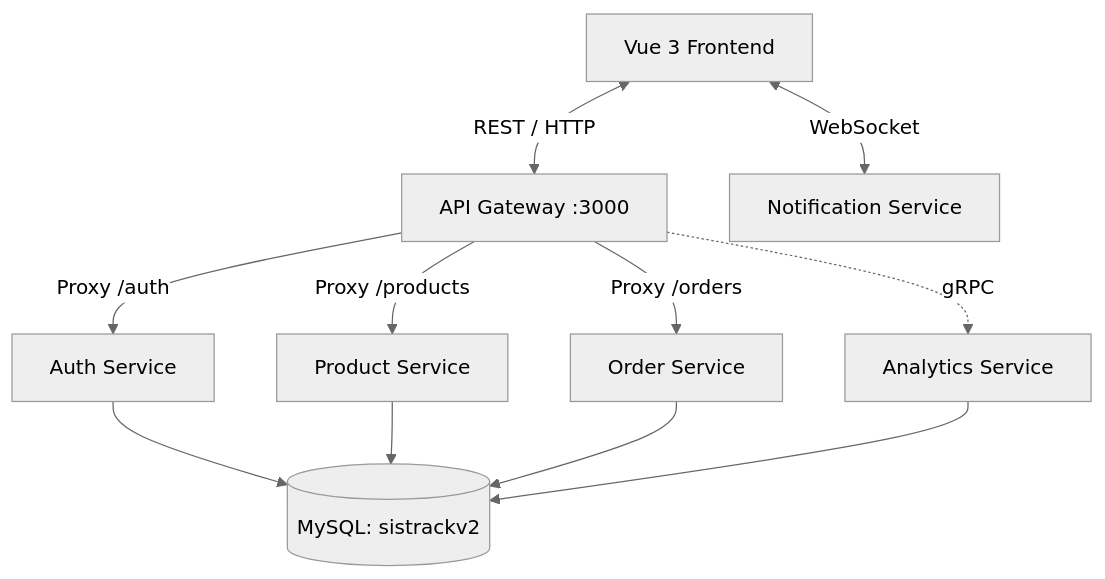
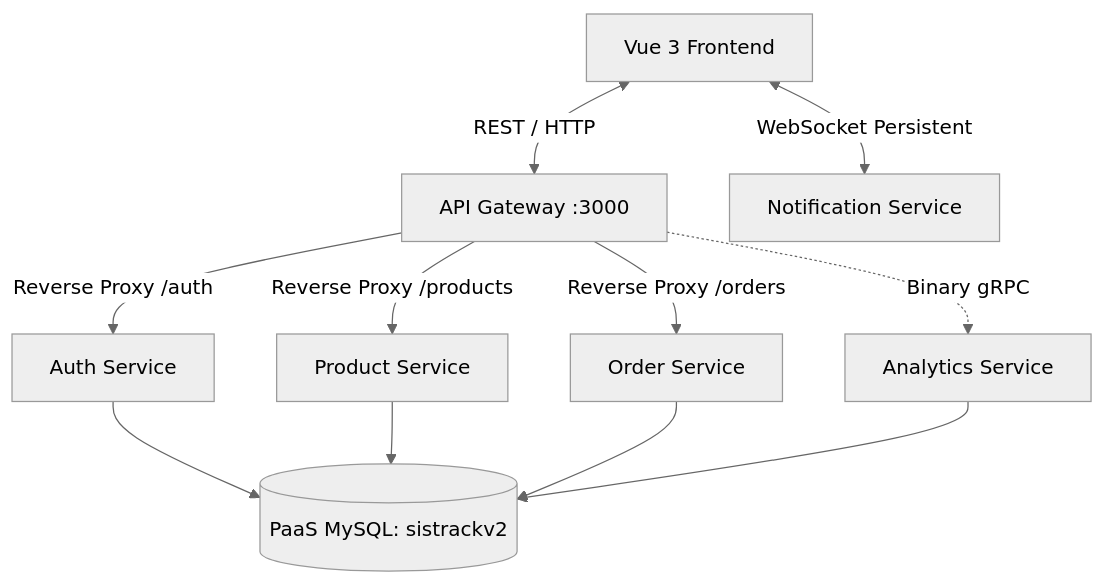
Before and after one commit to adamyudhistiramuhtar-byte/SistrackV2: the diagram in docs/layer1_existing_project.md, drawn with Mermaid (neutral theme). The commit also changed other lines of this file and 15 other files, not shown here.

Commit message:
docs: overhaul project documentation with comprehensive cloud architecture guides and professionalize README content

````diff
--- a/docs/layer1_existing_project.md
+++ b/docs/layer1_existing_project.md
@@ -37,26 +42,26 @@
 ```mermaid
 graph TD
     Client[Vue 3 Frontend]
     Gateway[API Gateway :3000]
     
     Auth[Auth Service]
     Product[Product Service]
     Order[Order Service]
     Analytics[Analytics Service]
     Notification[Notification Service]
     
-    DB[(MySQL: sistrackv2)]
+    DB[(PaaS MySQL: sistrackv2)]
 
     Client <-->|REST / HTTP| Gateway
-    Client <-->|WebSocket| Notification
+    Client <-->|WebSocket Persistent| Notification
     
-    Gateway -->|Proxy /auth| Auth
-    Gateway -->|Proxy /products| Product
-    Gateway -->|Proxy /orders| Order
-    Gateway -.->|gRPC| Analytics
+    Gateway -->|Reverse Proxy /auth| Auth
+    Gateway -->|Reverse Proxy /products| Product
+    Gateway -->|Reverse Proxy /orders| Order
+    Gateway -.->|Binary gRPC| Analytics
     
     Auth --> DB
     Product --> DB
     Order --> DB
     Analytics --> DB
 ```
````
